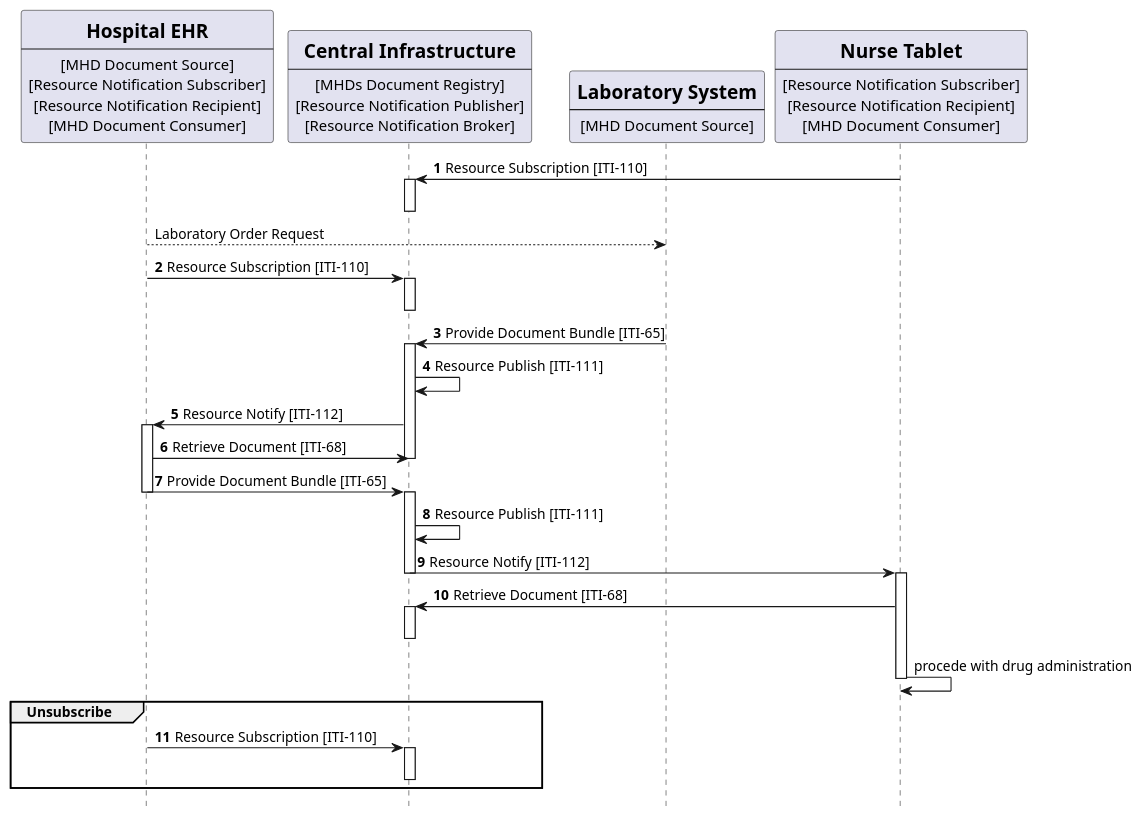
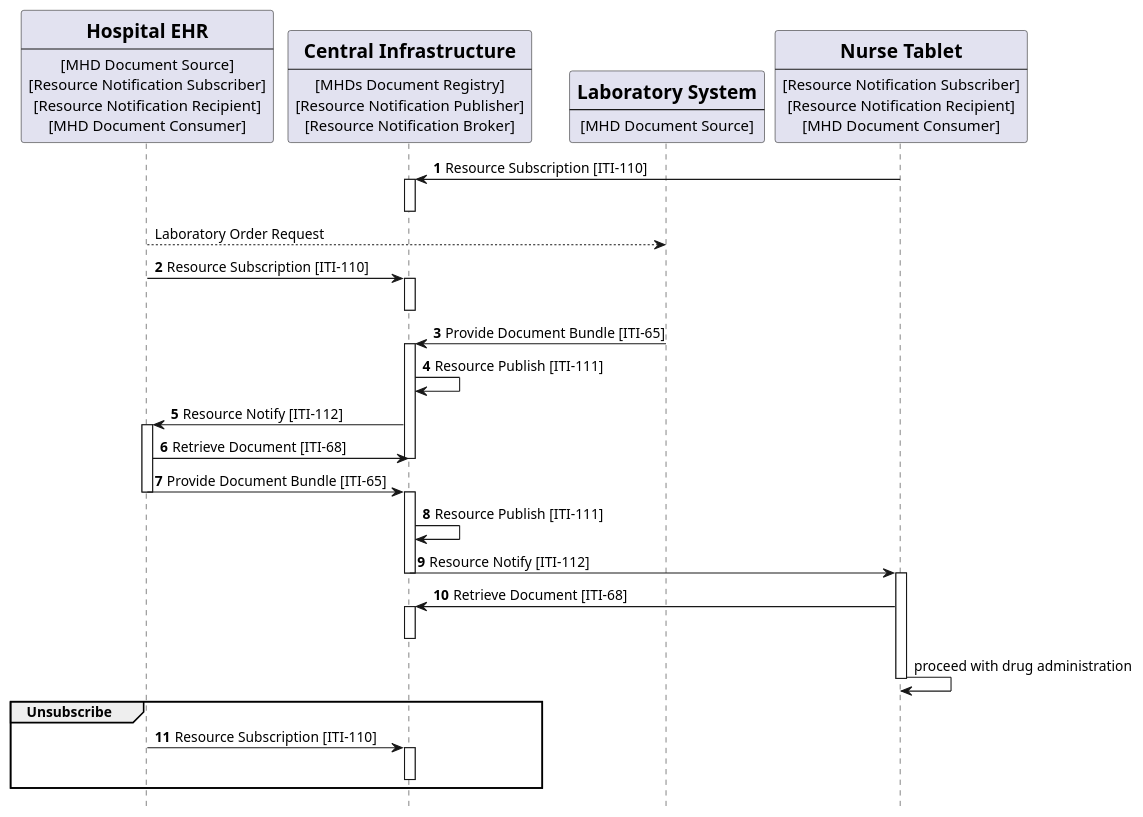
One commit to IHE/ITI.DSUBm changed the diagram in input/images-source/usecase1-processflow.plantuml. Above: the diagram before and after it, drawn with PlantUML.

Commit message:
ortografia processflow1

```diff
--- a/input/images-source/usecase1-processflow.plantuml
+++ b/input/images-source/usecase1-processflow.plantuml
@@ -1,82 +1,82 @@
 @startuml
 skinparam svgDimensionStyle false
 hide footbox
 
 /'title "Subscription with DSUBm on MHDs infrastructure: Laboratory Results and ePrescription"'/
 participant HospitalEHR [
     =Hospital EHR
     ----
     [MHD Document Source]
     [Resource Notification Subscriber]
     [Resource Notification Recipient]
     [MHD Document Consumer]
 ] 
 
 participant MHDsDocumentRegistry [
     =Central Infrastructure
     ----
     [MHDs Document Registry]
     [Resource Notification Publisher]
     [Resource Notification Broker]
     ] 
 
 
 participant LaboratorySystem [
     =Laboratory System
     ----
     [MHD Document Source]
 ] 
 
 participant NurseTablet [
     =Nurse Tablet
     ----
     [Resource Notification Subscriber]
     [Resource Notification Recipient]
     [MHD Document Consumer]
 ] 
 autonumber "<b>"
 NurseTablet -> MHDsDocumentRegistry:   Resource Subscription [ITI-110]
 activate MHDsDocumentRegistry
 deactivate MHDsDocumentRegistry
 autonumber stop
 HospitalEHR --> LaboratorySystem:  Laboratory Order Request
 autonumber 2 "<b>"
 HospitalEHR -> MHDsDocumentRegistry:  Resource Subscription [ITI-110]
 activate MHDsDocumentRegistry
 deactivate MHDsDocumentRegistry
 
 
 
 
 LaboratorySystem -> MHDsDocumentRegistry: Provide Document Bundle [ITI-65]
 activate MHDsDocumentRegistry
 MHDsDocumentRegistry -> MHDsDocumentRegistry : Resource Publish [ITI-111]
 MHDsDocumentRegistry -> HospitalEHR : Resource Notify [ITI-112]
 activate HospitalEHR
 
 HospitalEHR -> MHDsDocumentRegistry:  Retrieve Document [ITI-68]
 deactivate MHDsDocumentRegistry
 HospitalEHR -> MHDsDocumentRegistry: Provide Document Bundle [ITI-65]
 deactivate HospitalEHR
 
 activate MHDsDocumentRegistry
 MHDsDocumentRegistry -> MHDsDocumentRegistry : Resource Publish [ITI-111]
 MHDsDocumentRegistry -> NurseTablet : Resource Notify [ITI-112]
 deactivate MHDsDocumentRegistry
 activate NurseTablet
 NurseTablet -> MHDsDocumentRegistry: Retrieve Document [ITI-68]
 activate MHDsDocumentRegistry
 deactivate MHDsDocumentRegistry
 autonumber stop
-NurseTablet -> NurseTablet: procede with drug administration
+NurseTablet -> NurseTablet: proceed with drug administration
 deactivate NurseTablet
 
 autonumber 11 "<b>"
 group Unsubscribe
   HospitalEHR ->MHDsDocumentRegistry: Resource Subscription [ITI-110]
   activate MHDsDocumentRegistry
   deactivate MHDsDocumentRegistry
   
 end
 
 @enduml
```
